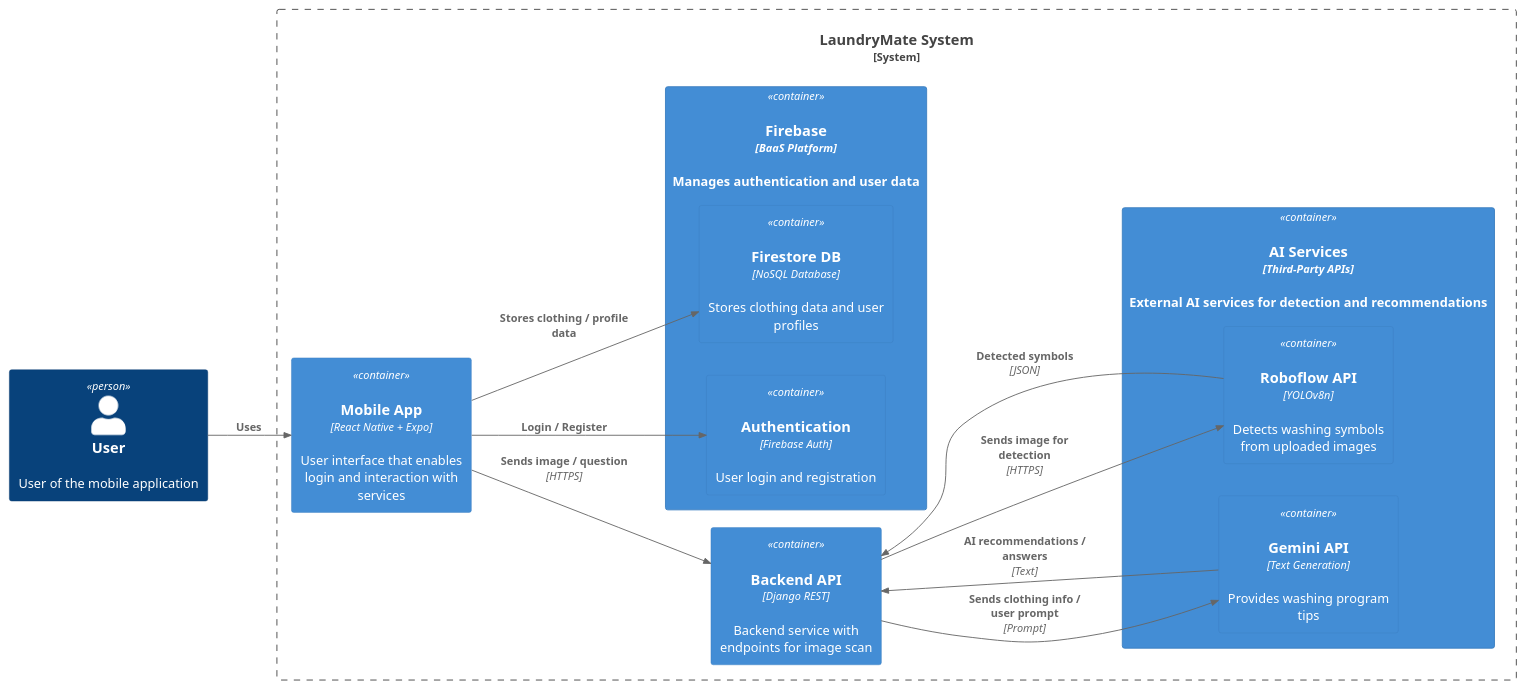
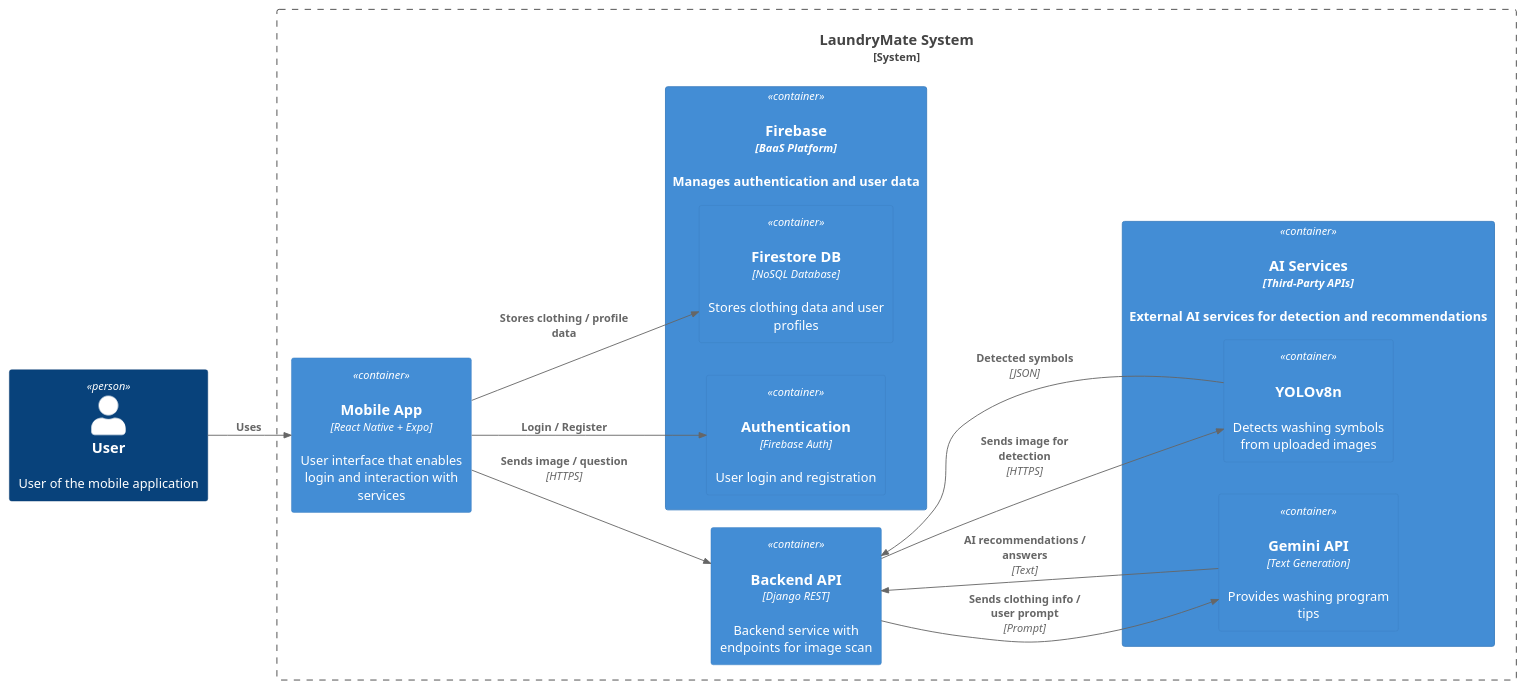
The diagram in LaundryMateDiagram.puml (zamfiresq/LaundryMate), drawn with PlantUML before and after one commit. The commit also changed 26 other files, not shown here.

```diff
--- a/LaundryMateDiagram.puml
+++ b/LaundryMateDiagram.puml
@@ -1,48 +1,48 @@
 @startuml LaundryMate_Container
 !includeurl https://raw.githubusercontent.com/plantuml-stdlib/C4-PlantUML/master/C4_Container.puml
 
 AddContainerTag("frontend", $bgColor="#4A90E2", $fontColor="White")
 AddContainerTag("backend", $bgColor="#50E3C2", $fontColor="Black")
 AddContainerTag("infra", $bgColor="#FFDDC1", $fontColor="Black")
 AddContainerTag("external-ai", $bgColor="#F5F5A5", $fontColor="Black")
 
 LAYOUT_LEFT_RIGHT()
 
 Person(user, "User", "User of the mobile application")
 
 System_Boundary(laundrymate, "LaundryMate System") {
 
   ' FRONTEND
   Container(mobile, "Mobile App", "React Native + Expo", "User interface that enables login and interaction with services", "frontend")
 
   ' BACKEND
   Container(api, "Backend API", "Django REST", "Backend service with endpoints for image scan", "backend")
 
   ' INFRASTRUCTURE
   Container(firebase, "Firebase", "BaaS Platform", "Manages authentication and user data", "infra") {
     Container(auth, "Authentication", "Firebase Auth", "User login and registration", "infra")
     Container(db, "Firestore DB", "NoSQL Database", "Stores clothing data and user profiles", "infra")
   }
 
   ' EXTERNAL AI SERVICES
   Container(ai, "AI Services", "Third-Party APIs", "External AI services for detection and recommendations", "external-ai") {
     Container(gemini, "Gemini API", "Text Generation", "Provides washing program tips", "external-ai")
-    Container(roboflow, "Roboflow API", "YOLOv8n", "Detects washing symbols from uploaded images", "external-ai")
+    Container(roboflow, "YOLOv8n","", "Detects washing symbols from uploaded images", "external-ai")
   }
 }
 
 ' USER RELATIONSHIPS
 Rel(user, mobile, "Uses")
 
 ' FRONTEND RELATIONSHIPS
 Rel(mobile, auth, "Login / Register")
 Rel(mobile, db, "Stores clothing / profile data")
 Rel(mobile, api, "Sends image / question", "HTTPS")
 
 ' BACKEND ↔ AI RELATIONSHIPS
 Rel(api, roboflow, "Sends image for detection", "HTTPS")
 Rel(roboflow, api, "Detected symbols", "JSON")
 Rel(api, gemini, "Sends clothing info / user prompt", "Prompt")
 Rel(gemini, api, "AI recommendations / answers", "Text")
 
 @enduml
```
